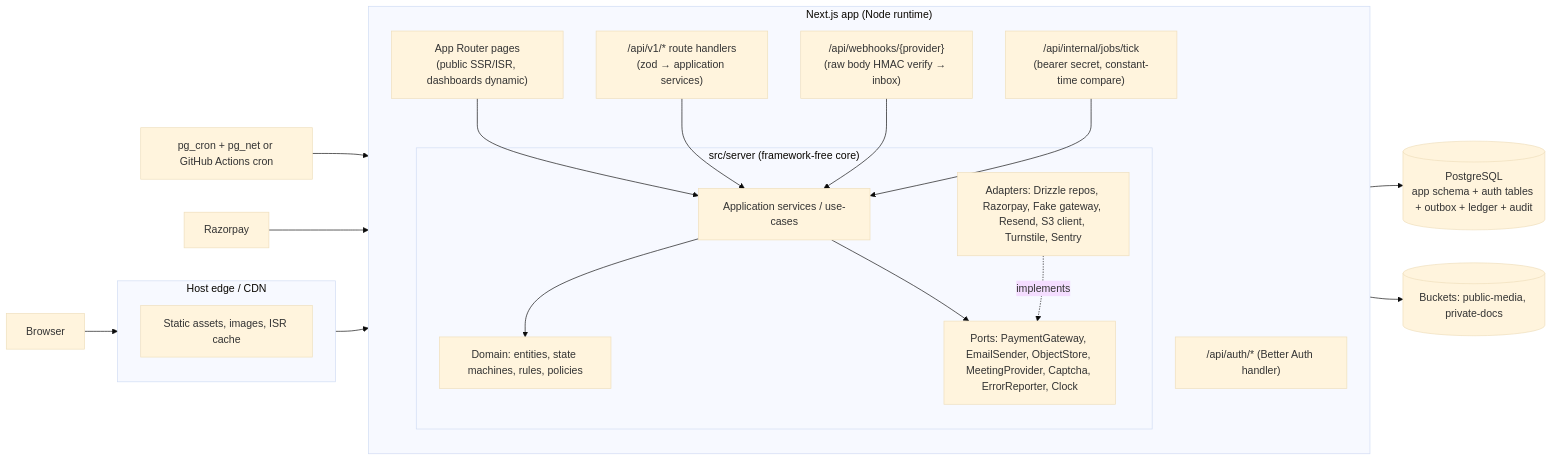
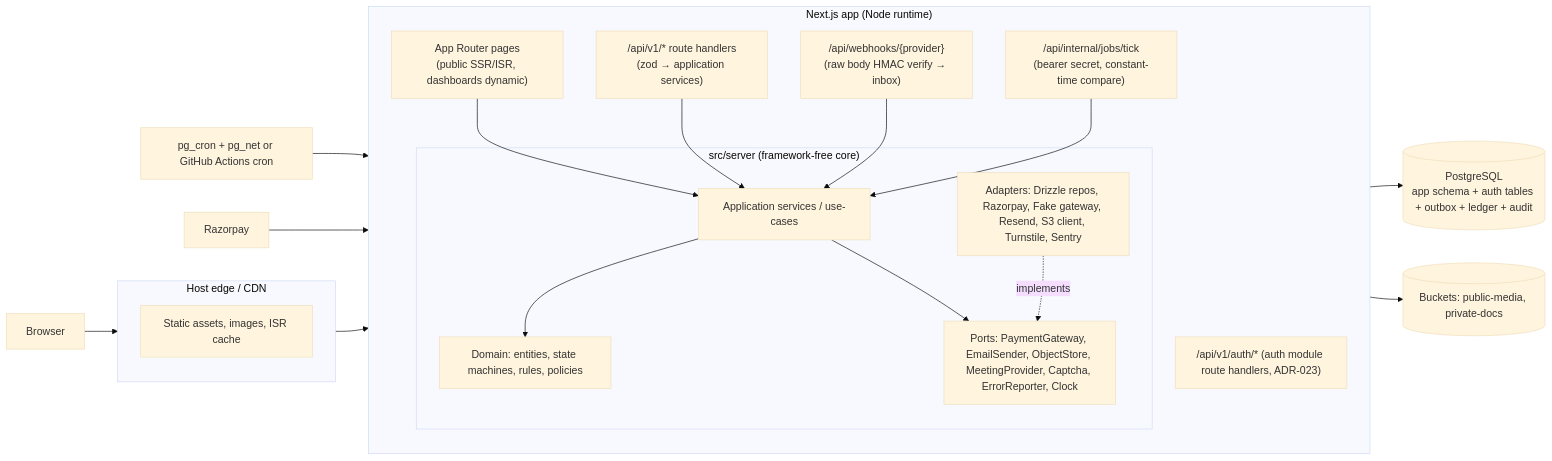
One commit to Geek-ASR/MentorshipPlatform changed the second of 4 diagrams in docs/04-system-architecture.md. Above: the diagram before and after it, drawn with Mermaid (base theme). The commit also changed other lines of this file and 10 other files, not shown here.

First line of the commit message:
Document Phase 5: auth core built on the platform pipeline (ADR-023/024)

````diff
--- a/docs/04-system-architecture.md
+++ b/docs/04-system-architecture.md
@@ -38,32 +38,32 @@
 ```mermaid
 flowchart LR
   subgraph Edge["Host edge / CDN"]
     STATIC[Static assets, images, ISR cache]
   end
   subgraph Next["Next.js app (Node runtime)"]
     direction TB
     PAGES["App Router pages<br/>(public SSR/ISR, dashboards dynamic)"]
     APIV1["/api/v1/* route handlers<br/>(zod → application services)"]
-    AUTH["/api/auth/* (Better Auth handler)"]
+    AUTH["/api/v1/auth/* (auth module route handlers, ADR-023)"]
     HOOKS["/api/webhooks/{provider}<br/>(raw body HMAC verify → inbox)"]
     TICK["/api/internal/jobs/tick<br/>(bearer secret, constant-time compare)"]
     subgraph Core["src/server (framework-free core)"]
       APP[Application services / use-cases]
       DOMAIN[Domain: entities, state machines, rules, policies]
       PORTS[Ports: PaymentGateway, EmailSender, ObjectStore, MeetingProvider, Captcha, ErrorReporter, Clock]
       INFRA[Adapters: Drizzle repos, Razorpay, Fake gateway, Resend, S3 client, Turnstile, Sentry]
     end
     PAGES --> APP
     APIV1 --> APP
     HOOKS --> APP
     TICK --> APP
     APP --> DOMAIN
     APP --> PORTS
     INFRA -. implements .-> PORTS
   end
   Browser --> Edge --> Next
   INFRA --> DB[(PostgreSQL<br/>app schema + auth tables + outbox + ledger + audit)]
   INFRA --> OBJ[(Buckets: public-media, private-docs)]
   SCHED[pg_cron + pg_net or GitHub Actions cron] --> TICK
   RZP[Razorpay] --> HOOKS
 ```
````
